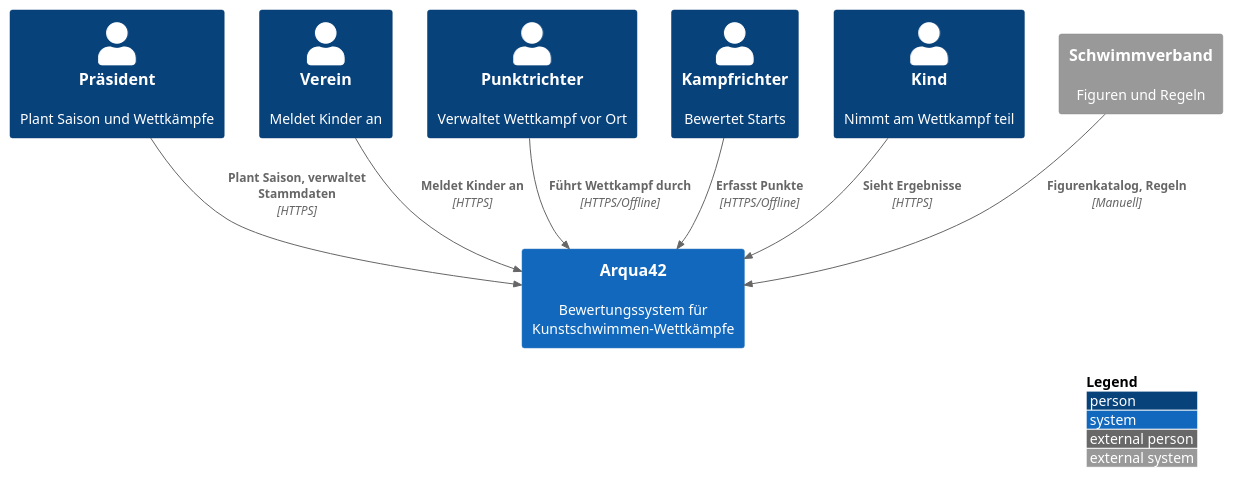
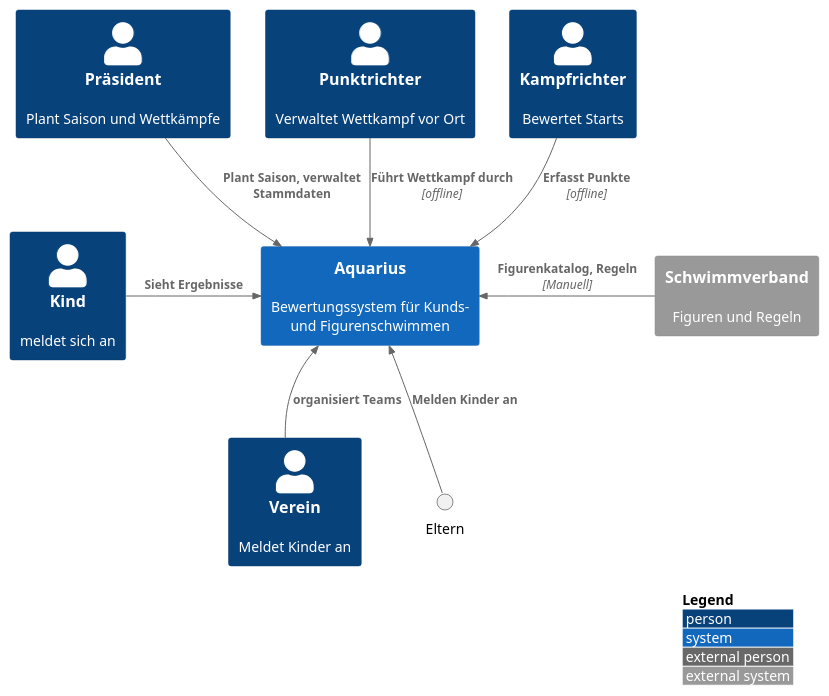
Before and after one commit to gernotstarke/aquarius: the diagram in documentation/architecture/images/puml/context-diagram.puml, drawn with PlantUML.

Commit message:
update context diagram puml
upda

```diff
--- a/documentation/architecture/images/puml/context-diagram.puml
+++ b/documentation/architecture/images/puml/context-diagram.puml
@@ -1,24 +1,26 @@
 @startuml
 !include <C4/C4_Context>
 
 LAYOUT_WITH_LEGEND()
 
 Person(praesident, "Präsident", "Plant Saison und Wettkämpfe")
 Person(verein, "Verein", "Meldet Kinder an")
 Person(punktrichter, "Punktrichter", "Verwaltet Wettkampf vor Ort")
 Person(kampfrichter, "Kampfrichter", "Bewertet Starts")
 Person(kind, "Kind", "Nimmt am Wettkampf teil")
+Person(kind, "Kind", "meldet sich an")
 
-System(arqua42, "Arqua42", "Bewertungssystem für Kunstschwimmen-Wettkämpfe")
+System(aquarius, "Aquarius", "Bewertungssystem für Kunds- und Figurenschwimmen")
 
 System_Ext(schwimmverband, "Schwimmverband", "Figuren und Regeln")
 
-Rel(praesident, arqua42, "Plant Saison, verwaltet Stammdaten", "HTTPS")
-Rel(verein, arqua42, "Meldet Kinder an", "HTTPS")
-Rel(punktrichter, arqua42, "Führt Wettkampf durch", "HTTPS/Offline")
-Rel(kampfrichter, arqua42, "Erfasst Punkte", "HTTPS/Offline")
-Rel(kind, arqua42, "Sieht Ergebnisse", "HTTPS")
+Rel(praesident, aquarius, "Plant Saison, verwaltet Stammdaten")
+Rel_U(verein, aquarius, "organisiert Teams" )
+Rel_U(Eltern, aquarius, "Melden Kinder an")
+Rel(punktrichter, aquarius, "Führt Wettkampf durch", "offline")
+Rel(kampfrichter, aquarius, "Erfasst Punkte", "offline")
+Rel_R(kind, aquarius, "Sieht Ergebnisse")
 
-Rel(schwimmverband, arqua42, "Figurenkatalog, Regeln", "Manuell")
+Rel_L(schwimmverband, aquarius, "Figurenkatalog, Regeln", "Manuell")
 
 @enduml
```
